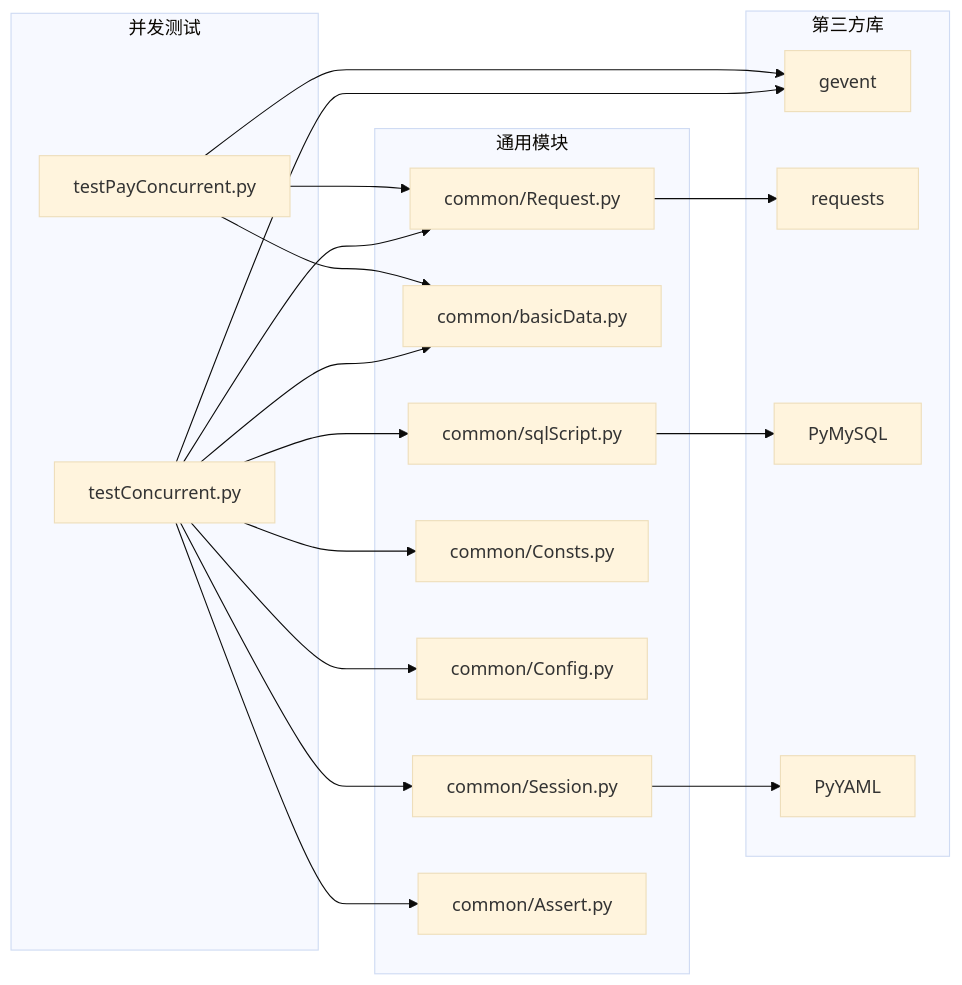
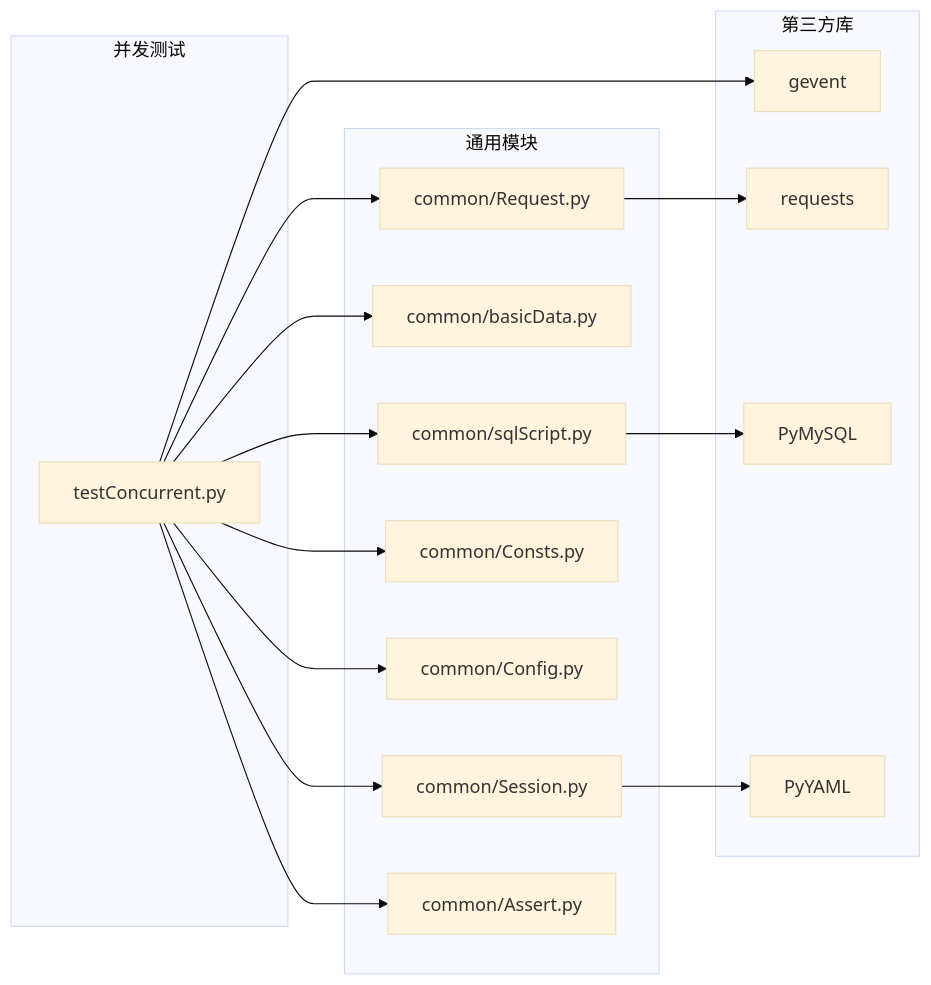
One commit to liximing1-ola/qa-payTest changed the seventh of 7 diagrams in .qoder/repowiki/zh/content/高级功能测试/并发测试.md. Above: the diagram before and after it, drawn with Mermaid (base theme). The commit also changed other lines of this file and 6 other files, not shown here.

````diff
--- a/.qoder/repowiki/zh/content/高级功能测试/并发测试.md
+++ b/.qoder/repowiki/zh/content/高级功能测试/并发测试.md
@@ -321,36 +288,32 @@
 ```mermaid
 graph LR
 subgraph "并发测试"
 T1["testConcurrent.py"]
-T2["testPayConcurrent.py"]
 end
 subgraph "通用模块"
 R["common/Request.py"]
 B["common/basicData.py"]
 S["common/sqlScript.py"]
 C["common/Consts.py"]
 K["common/Config.py"]
 P["common/Session.py"]
 A["common/Assert.py"]
 end
 subgraph "第三方库"
 G["gevent"]
 Re["requests"]
 My["PyMySQL"]
 Y["PyYAML"]
 end
 T1 --> R
 T1 --> B
 T1 --> S
 T1 --> C
 T1 --> K
 T1 --> P
 T1 --> A
-T2 --> R
-T2 --> B
 T1 --> G
-T2 --> G
 R --> Re
 S --> My
 P --> Y
 ```
````
